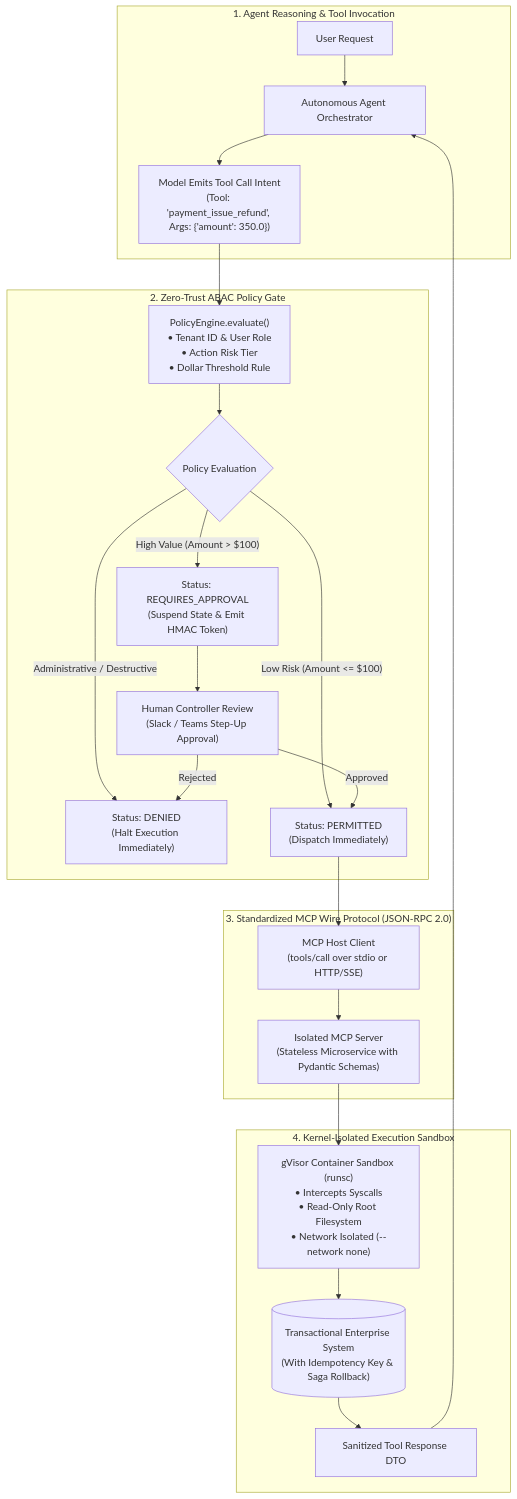
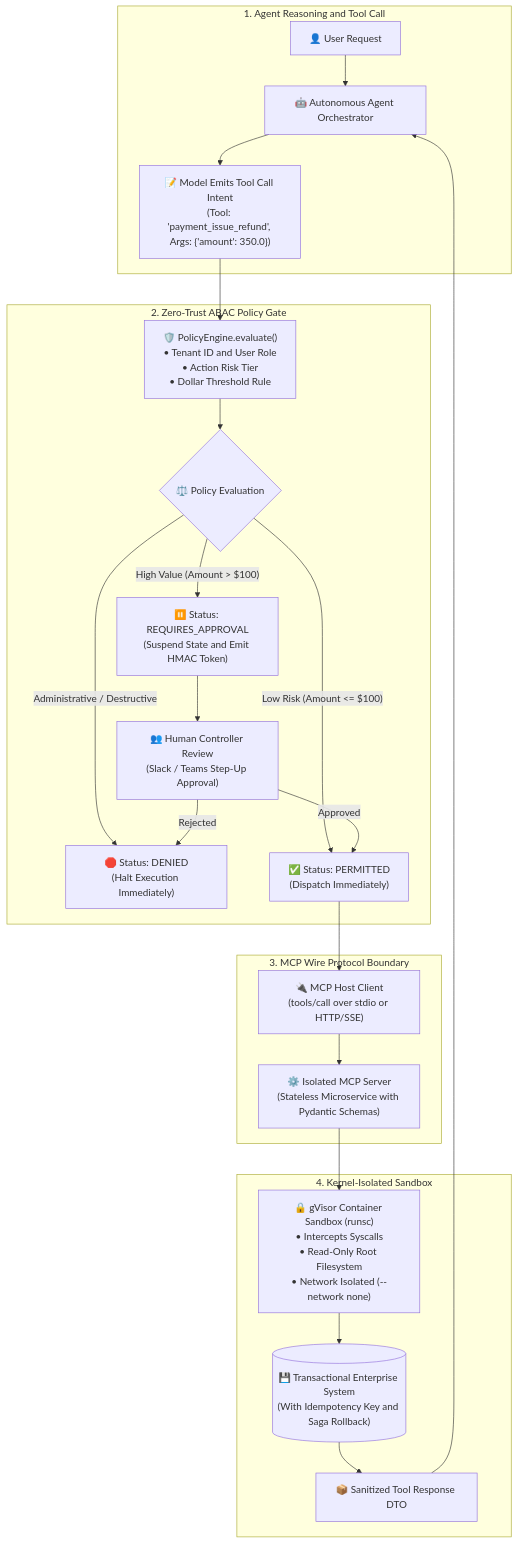
Before and after one commit to dip4k/senior-engineer-to-ai-engineer-roadmap: the first of 2 diagrams in use-cases/use-case-03-mcp-sandboxing-tooling.md, drawn with Mermaid. The commit also changed 94 other files, not shown here.

Commit message:
refactor(curriculum): complete Phase 04 upgrade and enforce diagram renderer invariants

````diff
--- a/use-cases/use-case-03-mcp-sandboxing-tooling.md
+++ b/use-cases/use-case-03-mcp-sandboxing-tooling.md
@@ -24,33 +24,33 @@
 ```mermaid
 flowchart TD
-    subgraph Client["1. Agent Reasoning & Tool Invocation"]
-        User["User Request"] --> Agent["Autonomous Agent Orchestrator"]
-        Agent --> Decision["Model Emits Tool Call Intent<br>(Tool: 'payment_issue_refund', Args: {'amount': 350.0})"]
+    subgraph Client["1. Agent Reasoning and Tool Call"]
+        User["👤 User Request"] --> Agent["🤖 Autonomous Agent Orchestrator"]
+        Agent --> Decision["📝 Model Emits Tool Call Intent<br>(Tool: 'payment_issue_refund', Args: {'amount': 350.0})"]
     end
 
     subgraph PolicyGate["2. Zero-Trust ABAC Policy Gate"]
-        Decision --> PolicyEngine["PolicyEngine.evaluate()<br>• Tenant ID & User Role<br>• Action Risk Tier<br>• Dollar Threshold Rule"]
+        Decision --> PolicyEngine["🛡️ PolicyEngine.evaluate()<br>• Tenant ID and User Role<br>• Action Risk Tier<br>• Dollar Threshold Rule"]
         
-        PolicyEngine --> RiskCheck{"Policy Evaluation"}
-        RiskCheck -- "Administrative / Destructive" --> Deny["Status: DENIED<br>(Halt Execution Immediately)"]
-        RiskCheck -- "Low Risk (Amount <= $100)" --> AutoApprove["Status: PERMITTED<br>(Dispatch Immediately)"]
-        RiskCheck -- "High Value (Amount > $100)" --> Suspend["Status: REQUIRES_APPROVAL<br>(Suspend State & Emit HMAC Token)"]
+        PolicyEngine --> RiskCheck{"⚖️ Policy Evaluation"}
+        RiskCheck -- "Administrative / Destructive" --> Deny["🛑 Status: DENIED<br>(Halt Execution Immediately)"]
+        RiskCheck -- "Low Risk (Amount <= $100)" --> AutoApprove["✅ Status: PERMITTED<br>(Dispatch Immediately)"]
+        RiskCheck -- "High Value (Amount > $100)" --> Suspend["⏸️ Status: REQUIRES_APPROVAL<br>(Suspend State and Emit HMAC Token)"]
         
-        Suspend --> HITL["Human Controller Review<br>(Slack / Teams Step-Up Approval)"]
+        Suspend --> HITL["👥 Human Controller Review<br>(Slack / Teams Step-Up Approval)"]
         HITL -- "Rejected" --> Deny
         HITL -- "Approved" --> AutoApprove
     end
 
-    subgraph MCP_Boundary["3. Standardized MCP Wire Protocol (JSON-RPC 2.0)"]
-        AutoApprove --> MCP_Client["MCP Host Client<br>(tools/call over stdio or HTTP/SSE)"]
-        MCP_Client --> MCP_Server["Isolated MCP Server<br>(Stateless Microservice with Pydantic Schemas)"]
+    subgraph MCP_Boundary["3. MCP Wire Protocol Boundary"]
+        AutoApprove --> MCP_Client["🔌 MCP Host Client<br>(tools/call over stdio or HTTP/SSE)"]
+        MCP_Client --> MCP_Server["⚙️ Isolated MCP Server<br>(Stateless Microservice with Pydantic Schemas)"]
     end
 
-    subgraph SandboxEnv["4. Kernel-Isolated Execution Sandbox"]
-        MCP_Server --> gVisor["gVisor Container Sandbox (runsc)<br>• Intercepts Syscalls<br>• Read-Only Root Filesystem<br>• Network Isolated (--network none)"]
-        gVisor --> Ledger[("Transactional Enterprise System<br>(With Idempotency Key & Saga Rollback)")]
-        Ledger --> Result["Sanitized Tool Response DTO"]
+    subgraph SandboxEnv["4. Kernel-Isolated Sandbox"]
+        MCP_Server --> gVisor["🔒 gVisor Container Sandbox (runsc)<br>• Intercepts Syscalls<br>• Read-Only Root Filesystem<br>• Network Isolated (--network none)"]
+        gVisor --> Ledger[("💾 Transactional Enterprise System<br>(With Idempotency Key and Saga Rollback)")]
+        Ledger --> Result["📦 Sanitized Tool Response DTO"]
     end
 
     Result --> Agent
 ```
````
